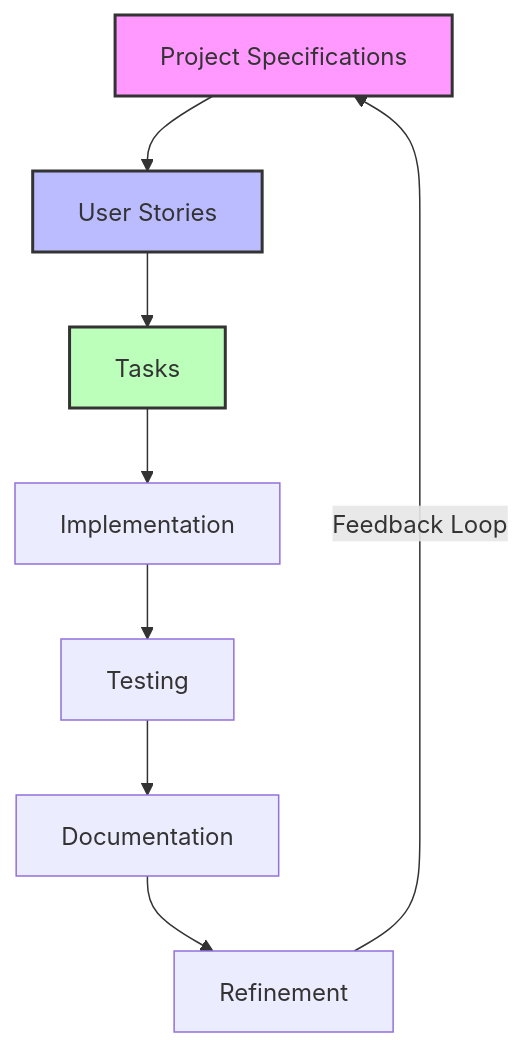
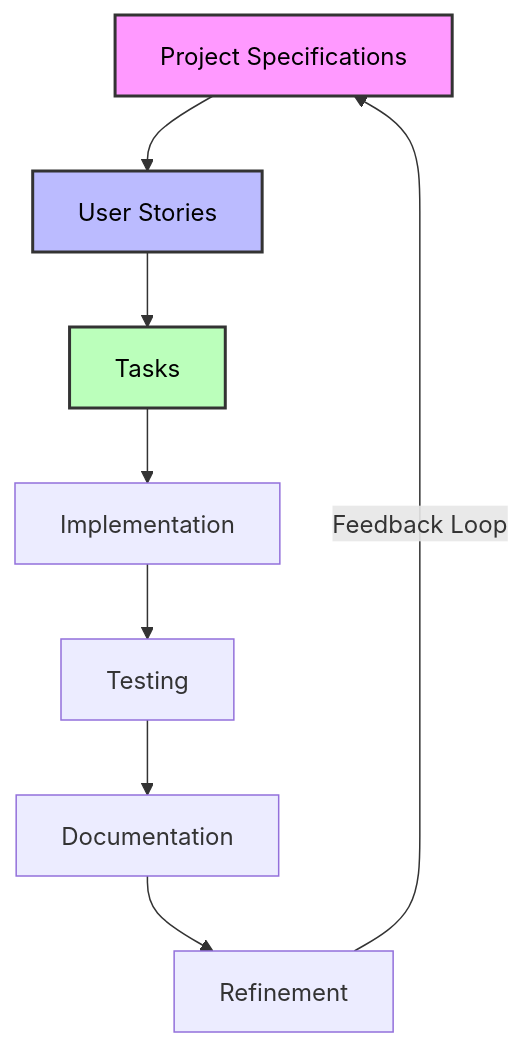
One commit to whiteduck-training/copilot-workshop changed the second of 2 diagrams in README.md. Above: the diagram before and after it, drawn with Mermaid. The commit also changed other lines of this file and 3 other files, not shown here.

````diff
--- a/README.md
+++ b/README.md
@@ -103,14 +85,14 @@
 ```mermaid
 graph TD
     A[Project Specifications] --> B[User Stories]
     B --> C[Tasks]
     C --> D[Implementation]
     D --> E[Testing]
     E --> F[Documentation]
     F --> G[Refinement]
     G -->|Feedback Loop| A
     
-    style A fill:#f9f,stroke:#333,stroke-width:2px
-    style B fill:#bbf,stroke:#333,stroke-width:2px
-    style C fill:#bfb,stroke:#333,stroke-width:2px
+    style A fill:#f9f,stroke:#333,stroke-width:2px,color:#000
+    style B fill:#bbf,stroke:#333,stroke-width:2px,color:#000
+    style C fill:#bfb,stroke:#333,stroke-width:2px,color:#000
 ```
````
